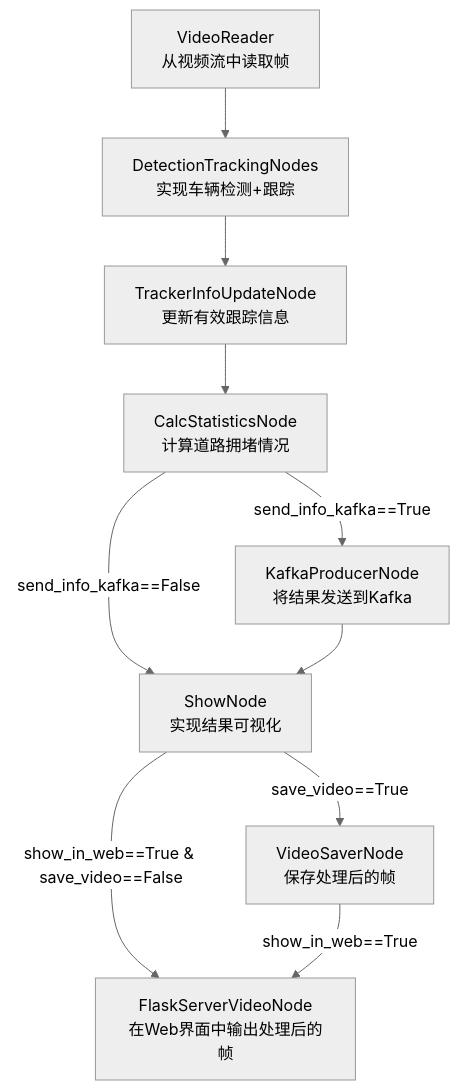
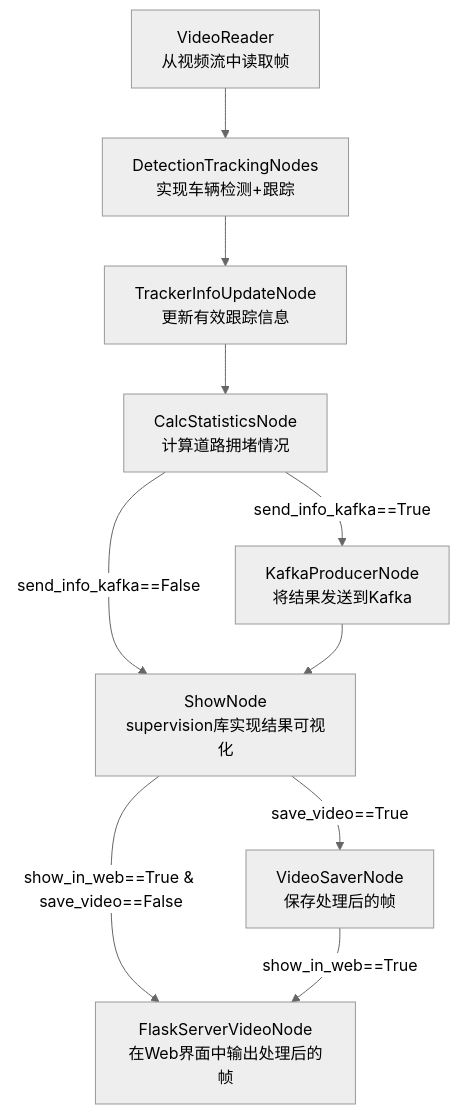
The diagram in README-zh.md (fjwangzy/TrafficAnalyzer), drawn with Mermaid (neutral theme) before and after one commit. The commit also changed 12 other files, not shown here.

First line of the commit message:
feat: Refactor ShowNode for enhanced visualization using supervision library

````diff
--- a/README-zh.md
+++ b/README-zh.md
@@ -136,12 +136,12 @@
 ```mermaid
 graph TD;
     A["VideoReader<br>从视频流中读取帧"] --> B["DetectionTrackingNodes<br>实现车辆检测+跟踪"];
     B --> C["TrackerInfoUpdateNode<br>更新有效跟踪信息"];
     C --> D["CalcStatisticsNode<br>计算道路拥堵情况"];
     D --send_info_kafka==False --> F;
     D --send_info_kafka==True --> E["KafkaProducerNode<br>将结果发送到Kafka"];
-    E --> F["ShowNode<br>实现结果可视化"];
+    E --> F["ShowNode<br>supervision库实现结果可视化"];
     F --save_video==True --> H["VideoSaverNode<br>保存处理后的帧"];
     F --show_in_web==True & save_video==False --> L["FlaskServerVideoNode<br>在Web界面中输出处理后的帧"];
     H --show_in_web==True --> L
 ```
````
